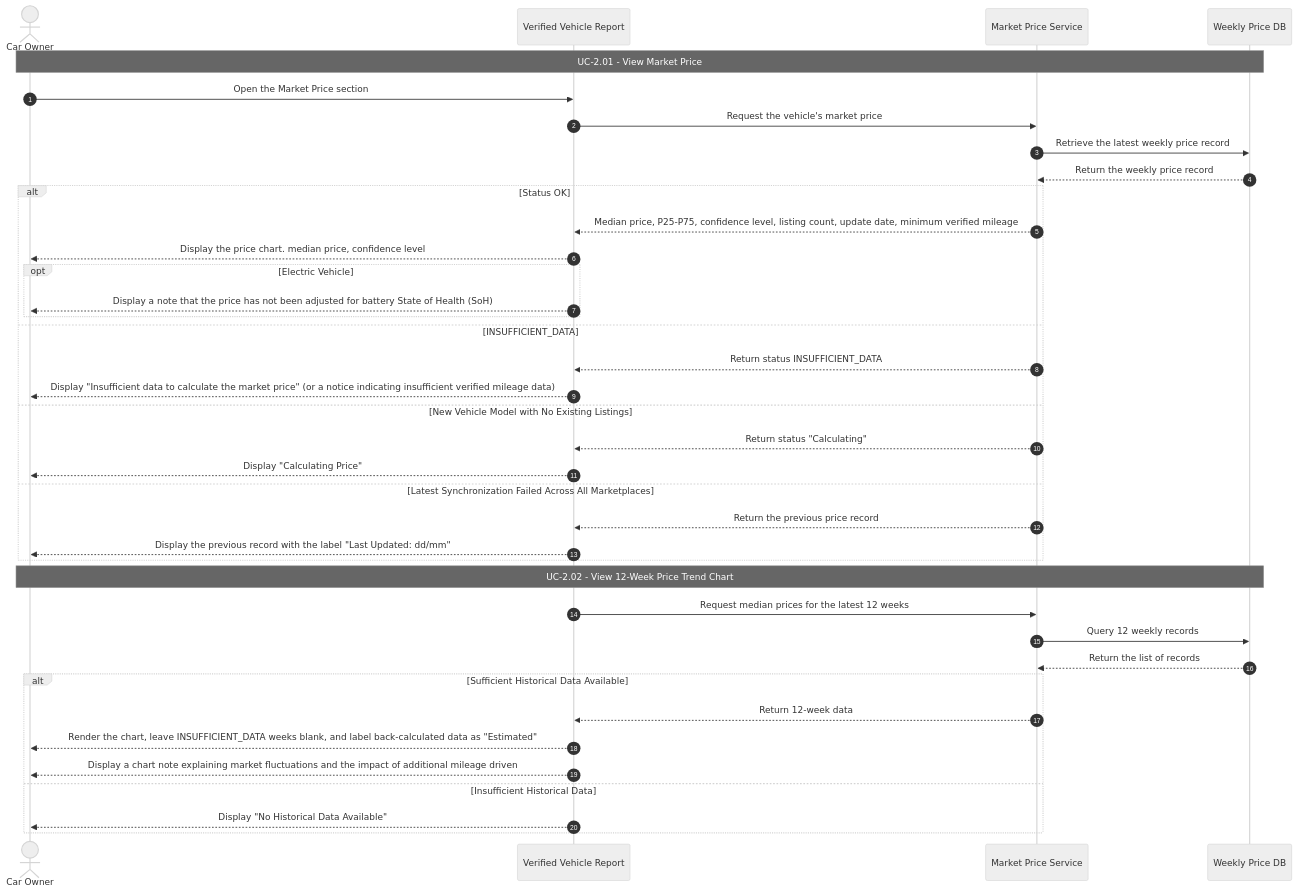
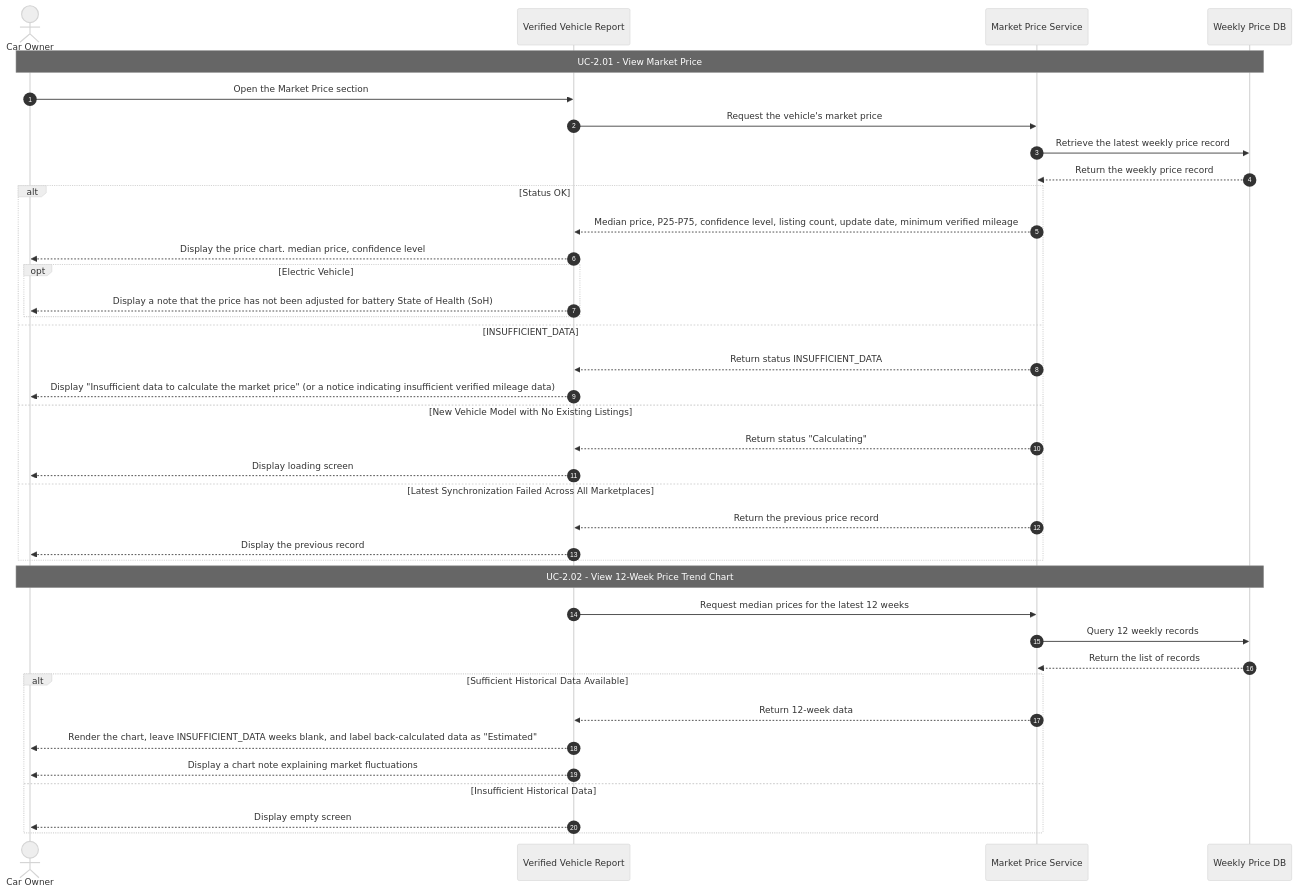
The diagram in docs/use-case/sequence-diagram/S-05.md (giangnhk63db/DBIZ-2_GROUP-A), drawn with Mermaid (neutral theme) before and after one commit.

````diff
--- a/docs/use-case/sequence-diagram/S-05.md
+++ b/docs/use-case/sequence-diagram/S-05.md
@@ -9,44 +9,44 @@
 ```mermaid 
 sequenceDiagram
     autonumber
     actor Owner as Car Owner
     participant App as Verified Vehicle Report
     participant MP as Market Price Service
     participant DB as Weekly Price DB
 
     Note over Owner, DB: UC-2.01 - View Market Price
     Owner->>App: Open the Market Price section
     App->>MP: Request the vehicle's market price
     MP->>DB: Retrieve the latest weekly price record
     DB-->>MP: Return the weekly price record
 
     alt Status OK
         MP-->>App: Median price, P25-P75, confidence level, listing count, update date, minimum verified mileage
         App-->>Owner: Display the price chart. median price, confidence level
         opt Electric Vehicle
             App-->>Owner: Display a note that the price has not been adjusted for battery State of Health (SoH)
         end
     else INSUFFICIENT_DATA
         MP-->>App: Return status INSUFFICIENT_DATA
         App-->>Owner: Display "Insufficient data to calculate the market price" (or a notice indicating insufficient verified mileage data)
     else New Vehicle Model with No Existing Listings
         MP-->>App: Return status "Calculating"
-        App-->>Owner: Display "Calculating Price"
+        App-->>Owner: Display loading screen
     else Latest Synchronization Failed Across All Marketplaces
         MP-->>App: Return the previous price record
-        App-->>Owner: Display the previous record with the label "Last Updated: dd/mm"
+        App-->>Owner: Display the previous record 
     end
 
     Note over Owner, DB: UC-2.02 - View 12-Week Price Trend Chart
     App->>MP: Request median prices for the latest 12 weeks
     MP->>DB: Query 12 weekly records
     DB-->>MP: Return the list of records
 
     alt Sufficient Historical Data Available
         MP-->>App: Return 12-week data
         App-->>Owner: Render the chart, leave INSUFFICIENT_DATA weeks blank, and label back-calculated data as "Estimated"
-        App-->>Owner: Display a chart note explaining market fluctuations and the impact of additional mileage driven
+        App-->>Owner: Display a chart note explaining market fluctuations
     else Insufficient Historical Data
-        App-->>Owner: Display "No Historical Data Available"
+        App-->>Owner: Display empty screen
     end
 ```
````
